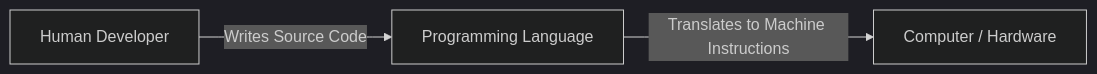
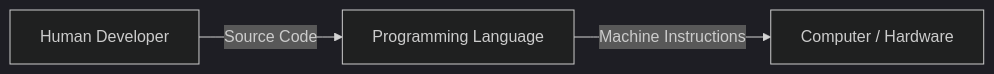
Before and after one commit to m20was/Analytics: the first of 3 diagrams in markdown/m20was/Java 25/01_introduction.md, drawn with Mermaid (dark theme). The commit also changed other lines of this file and 4 other files, not shown here.

````diff
--- a/markdown/m20was/Java 25/01_introduction.md
+++ b/markdown/m20was/Java 25/01_introduction.md
@@ -13,5 +5,5 @@
 ```mermaid
 flowchart LR
-    A[Human Developer] -->|Writes Source Code| B[Programming Language]
-    B -->|Translates to Machine Instructions| C[Computer / Hardware]
+    A[Human Developer] -->|Source Code| B[Programming Language]
+    B -->|Machine Instructions| C[Computer / Hardware]
 ```
````
